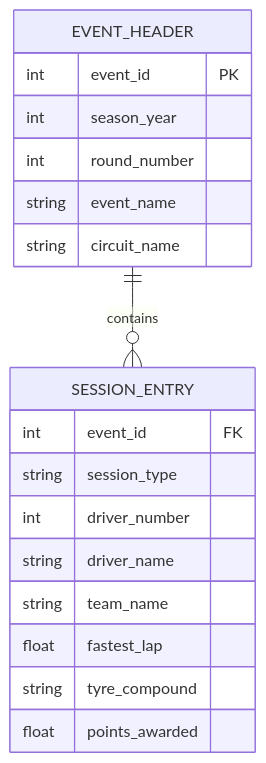
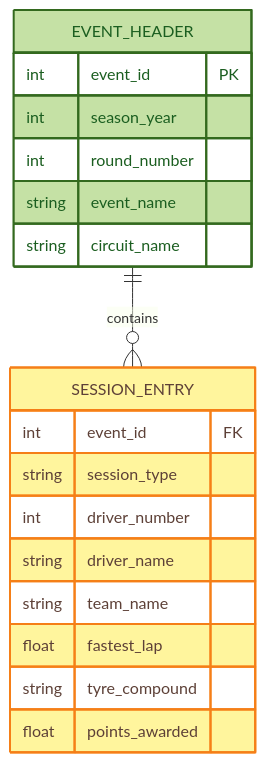
The fifth of 9 diagrams in docs/system_diagrams/data_flow_and_normalization.md (InatanayaXSk/F1_DB), drawn with Mermaid before and after one commit. The commit also changed other lines of this file and 24 other files, not shown here.

Commit message:
chore: updated codebase including the ER and dfd diagrams

````diff
--- a/docs/system_diagrams/data_flow_and_normalization.md
+++ b/docs/system_diagrams/data_flow_and_normalization.md
@@ -130,23 +157,26 @@
 ```mermaid
 erDiagram
     EVENT_HEADER {
         int event_id PK
         int season_year
         int round_number
         string event_name
         string circuit_name
     }
 
     SESSION_ENTRY {
         int event_id FK
         string session_type
         int driver_number
         string driver_name
         string team_name
         float fastest_lap
         string tyre_compound
         float points_awarded
     }
 
     EVENT_HEADER ||--o{ SESSION_ENTRY : contains
+
+    style EVENT_HEADER fill:#c5e1a5,stroke:#33691e,stroke-width:2px,color:#1b5e20;
+    style SESSION_ENTRY fill:#fff59d,stroke:#f57f17,stroke-width:2px,color:#5d4037;
 ```
````
